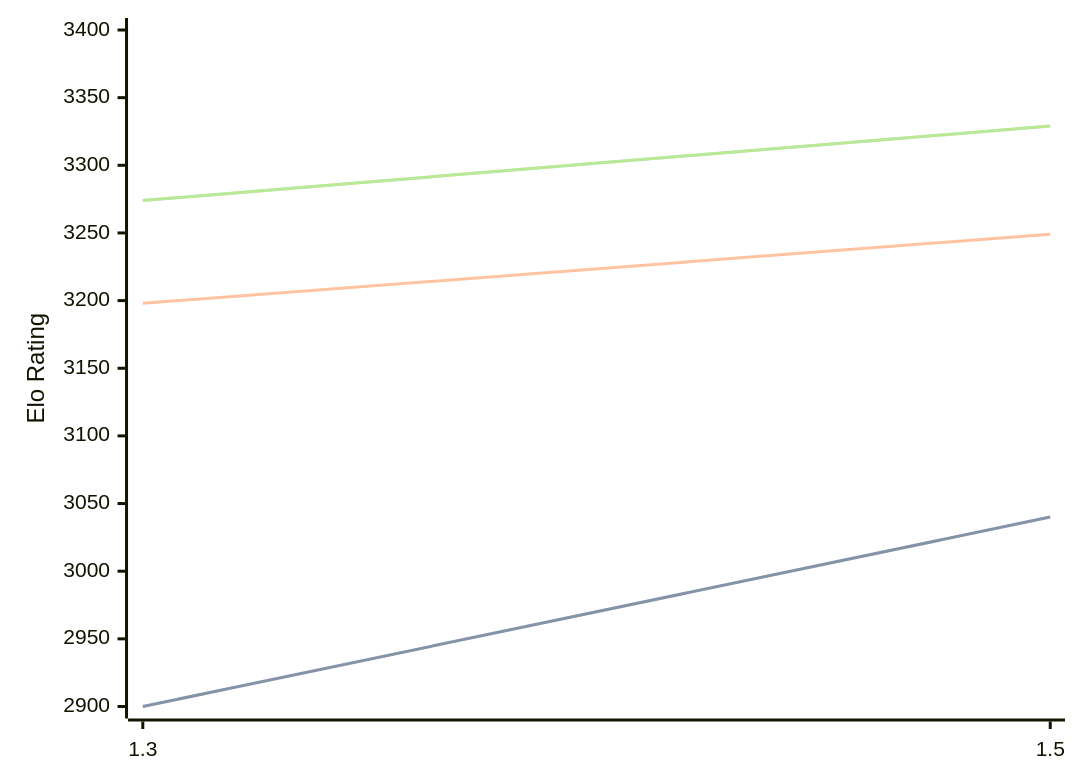
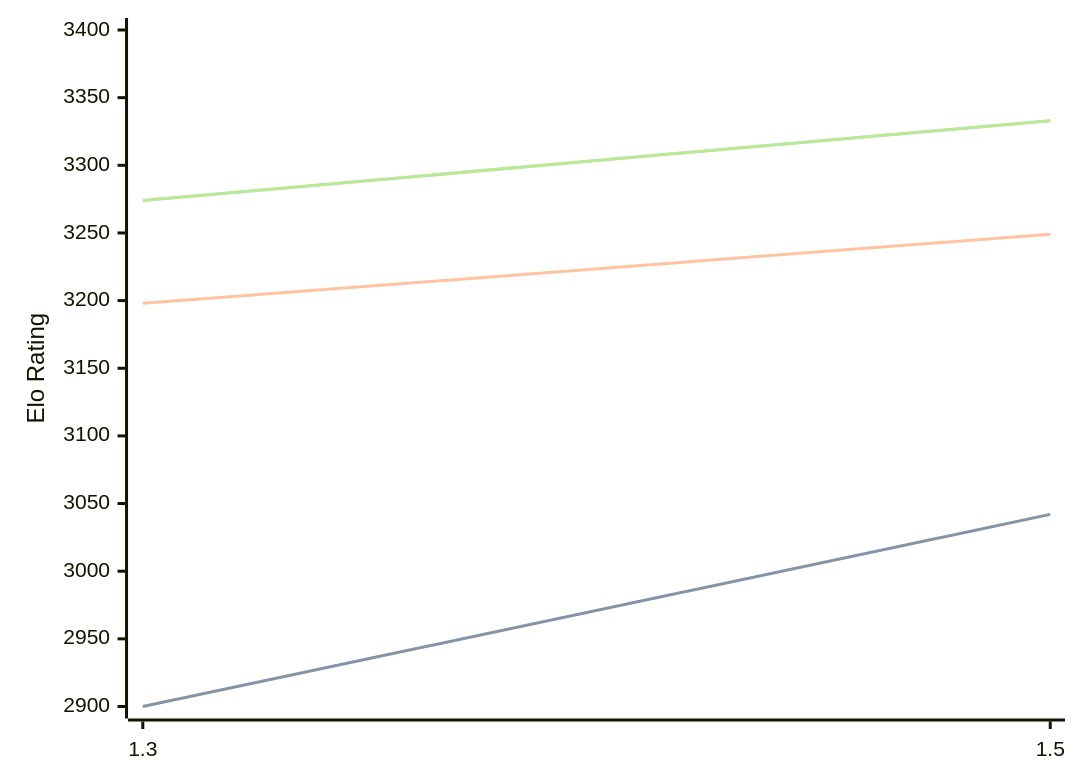
Before and after one commit to computer-chess-index/cci: the first of 3 diagrams in engines/Lambergar.md, drawn with Mermaid. The commit also changed other lines of this file, not shown here.

Commit message:
Update CCI Ratings (ELO VLTC) - 2026-06-30

````diff
--- a/engines/Lambergar.md
+++ b/engines/Lambergar.md
@@ -44,11 +44,11 @@
 ```mermaid
 %%{init: {"theme":"base","themeVariables":{"seriesColors:['#a3a3a3','#222221','#faa371']}}}%%
 xychart-beta
   x-axis ["1.3", "1.5"]
   y-axis "Elo Rating" 2900 --> 3400
-  line "STC (8.0+0.08s)" [2900, 3040]
-  line "STC (8.0+0.08s)" [2900, 3040]
+  line "STC (8.0+0.08s)" [2900, 3042]
+  line "STC (8.0+0.08s)" [2900, 3042]
   line "LTC (60.0+0.60s)" [3198, 3249]
-  line "VLTC (2m24s+1.12s)" [3274, 3329]
-  line "VLTC (2m24s+1.12s)" [3274, 3329]
+  line "VLTC (2m24s+1.12s)" [3274, 3333]
+  line "VLTC (2m24s+1.12s)" [3274, 3333]
 ```
````
